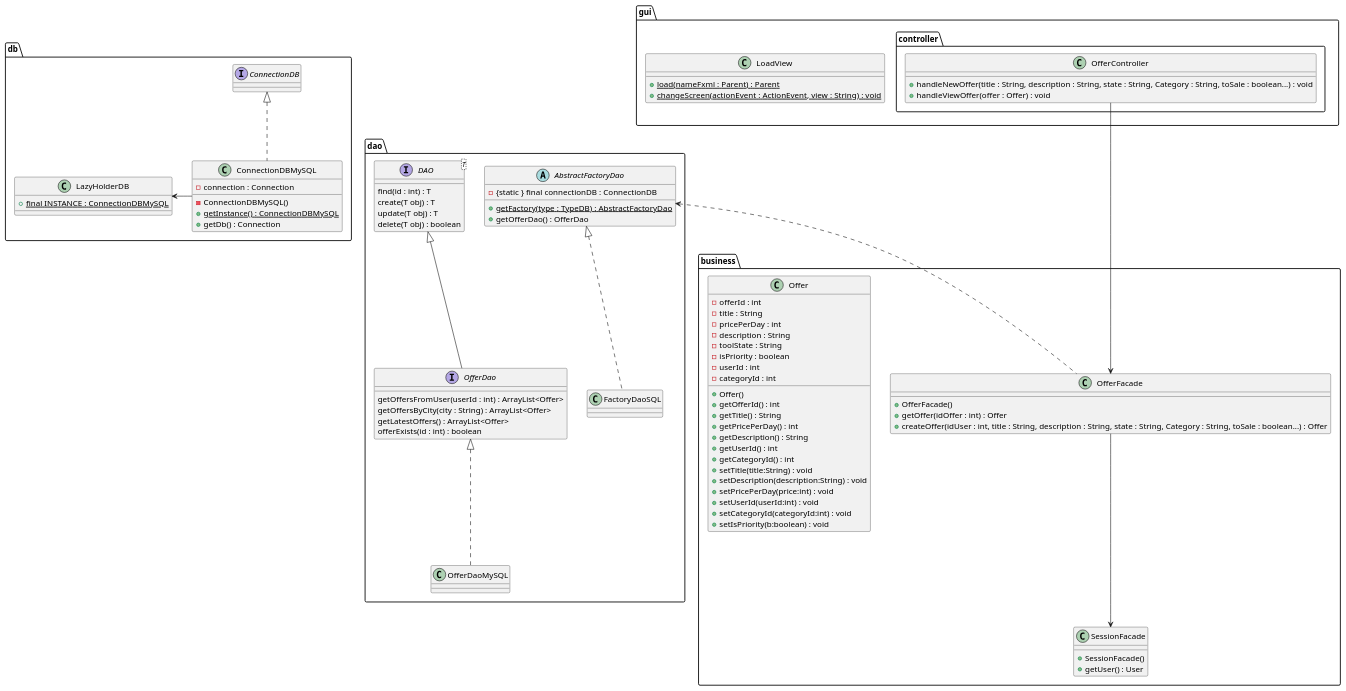
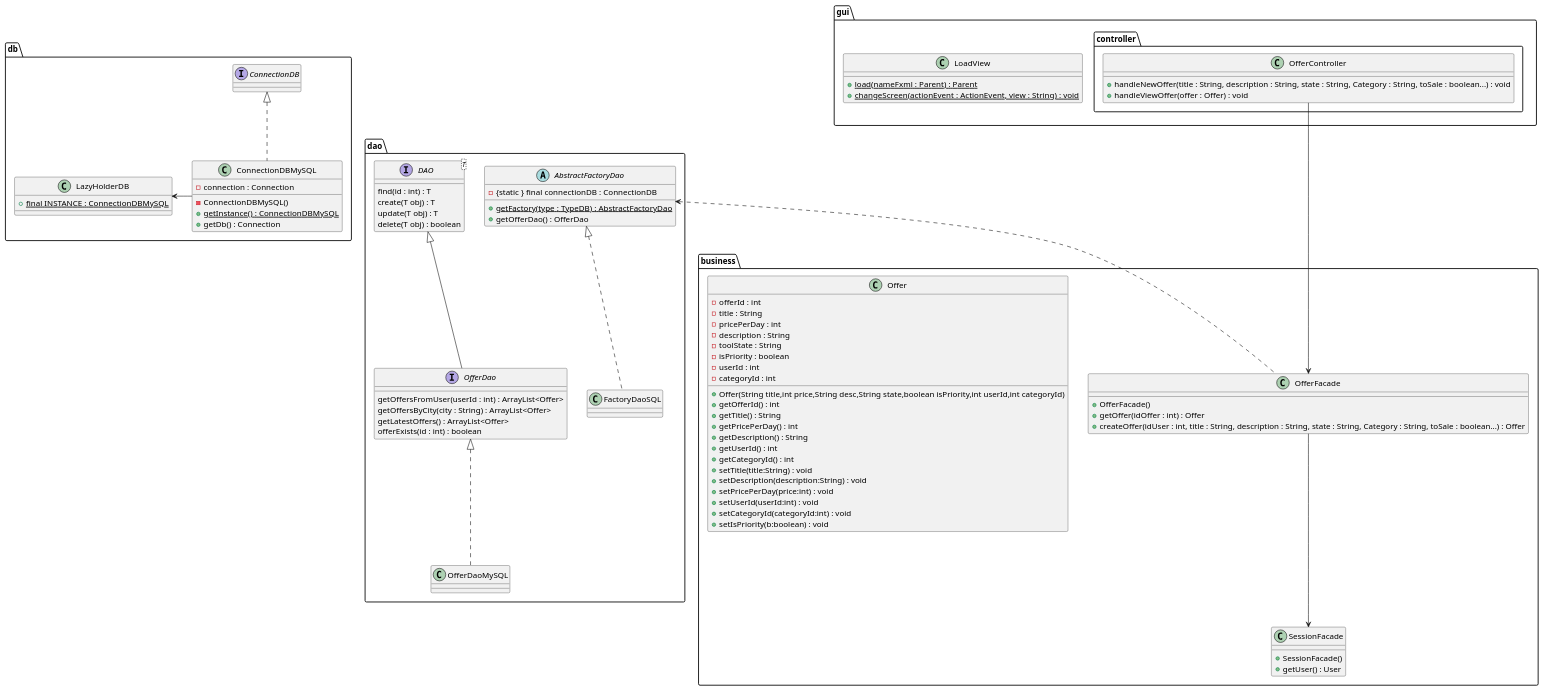
One commit to LaunoisRemy/ToolShare changed the diagram in documents/diagram/offer/offerClass.puml. Above: the diagram before and after it, drawn with PlantUML. The commit also changed 2 other files, not shown here.

Commit message:
Class and sequence diagram updated for the OfferDisplay

```diff
--- a/documents/diagram/offer/offerClass.puml
+++ b/documents/diagram/offer/offerClass.puml
@@ -1,110 +1,110 @@
 @startuml
 
 package dao {
 
 
     interface OfferDao{
         getOffersFromUser(userId : int) : ArrayList<Offer>
         getOffersByCity(city : String) : ArrayList<Offer>
         getLatestOffers() : ArrayList<Offer>
         offerExists(id : int) : boolean
     }
     class OfferDaoMySQL
     FactoryDaoSQL .up.|> AbstractFactoryDao
     OfferDaoMySQL .up.|> OfferDao
 
     interface DAO<T>{
         find(id : int) : T
         create(T obj) : T
         update(T obj) : T
         delete(T obj) : boolean
     }
 
     abstract AbstractFactoryDao{
         - {static } final connectionDB : ConnectionDB
         + {static} getFactory(type : TypeDB) : AbstractFactoryDao
         + getOfferDao() : OfferDao
     }
 
     class FactoryDaoSQL{
     }
 
 
     DAO <|-- OfferDao
 }
 package db{
     class ConnectionDBMySQL{
         - connection : Connection
         - ConnectionDBMySQL()
         + {static} getInstance() : ConnectionDBMySQL
         + getDb() : Connection
     }
 
     class LazyHolderDB{
         + {static} final INSTANCE : ConnectionDBMySQL
     }
     interface ConnectionDB
     ConnectionDBMySQL -Left-> LazyHolderDB
     ConnectionDBMySQL .up.|> ConnectionDB
 
 }
 package business{
     class SessionFacade{
         + SessionFacade()
         + getUser() : User
     }
 
     class Offer{
         -offerId : int
         -title : String
         -pricePerDay : int
         -description : String
         -toolState : String
         -isPriority : boolean
         -userId : int
         -categoryId : int
-        + Offer()
+        + Offer(String title,int price,String desc,String state,boolean isPriority,int userId,int categoryId)
         + getOfferId() : int
         + getTitle() : String
         + getPricePerDay() : int
         + getDescription() : String
         + getUserId() : int
         + getCategoryId() : int
         + setTitle(title:String) : void
         + setDescription(description:String) : void
         + setPricePerDay(price:int) : void
         + setUserId(userId:int) : void
         + setCategoryId(categoryId:int) : void
         + setIsPriority(b:boolean) : void
     }
 
     class OfferFacade{
         + OfferFacade()
         + getOffer(idOffer : int) : Offer
         + createOffer(idUser : int, title : String, description : String, state : String, Category : String, toSale : boolean...) : Offer
     }
 
 }
 
 package gui{
 
     class LoadView{
         + {static} load(nameFxml : Parent) : Parent
         + {static} changeScreen(actionEvent : ActionEvent, view : String) : void
     }
 
     package controller{
         class OfferController{
             + handleNewOffer(title : String, description : String, state : String, Category : String, toSale : boolean...) : void
             + handleViewOffer(offer : Offer) : void
         }
 
     }
 }
 OfferFacade <--Up- OfferController
 SessionFacade <--Up- OfferFacade
 OfferFacade .Up.> AbstractFactoryDao
 
 
 
 @enduml
```
